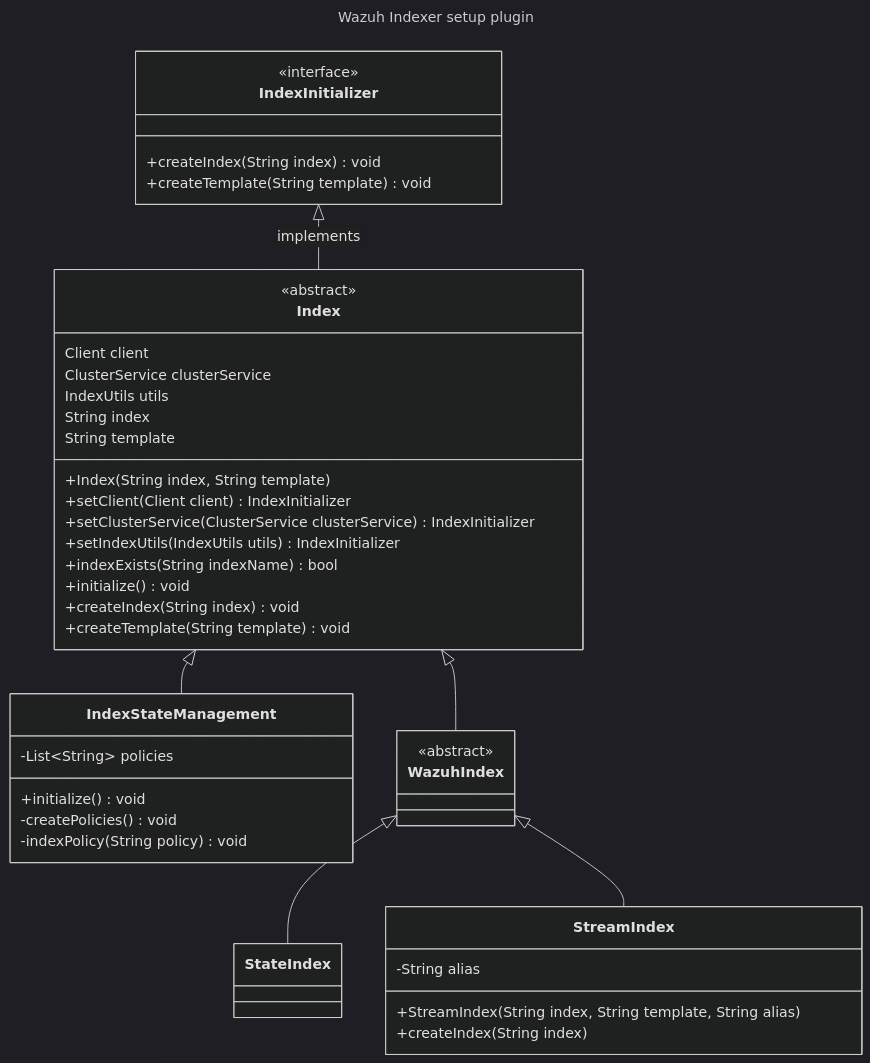
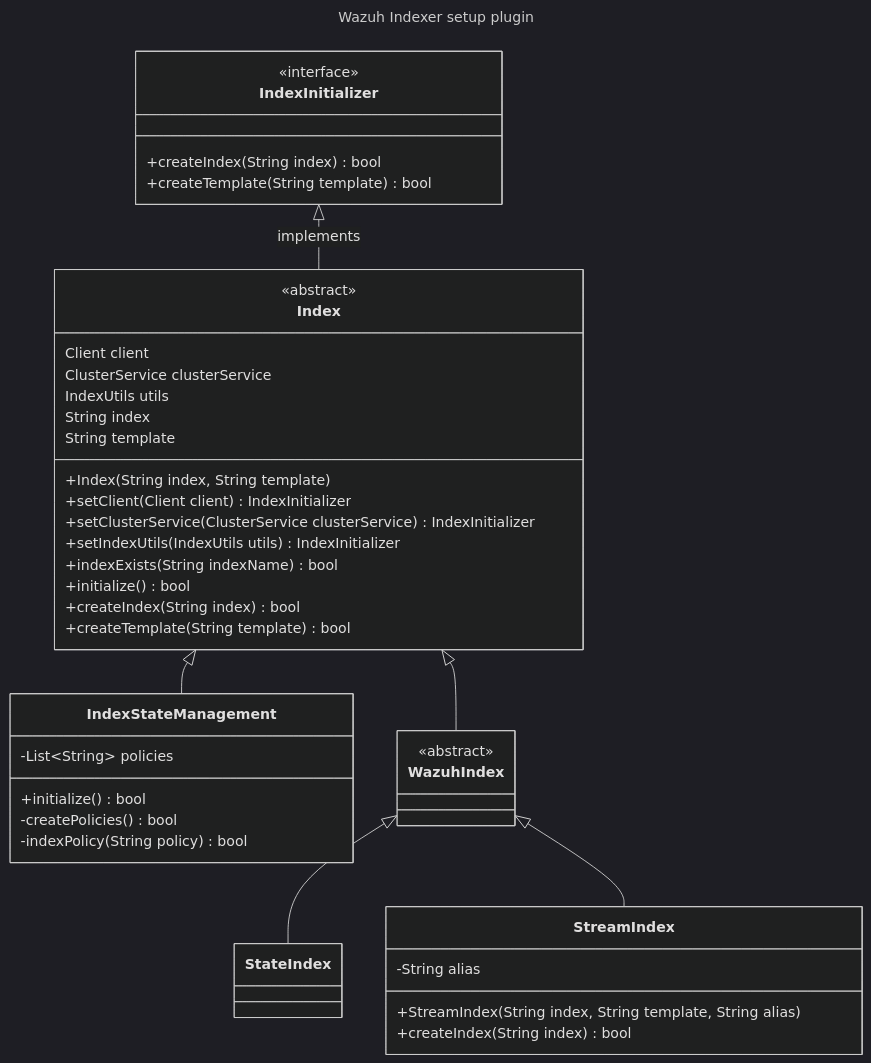
The first of 2 diagrams in docs/ref/modules/setup/architecture.md (wazuh/wazuh-indexer-plugins), drawn with Mermaid (dark theme) before and after one commit. The commit also changed other lines of this file, not shown here.

Commit message:
Update documentation diagrams

````diff
--- a/docs/ref/modules/setup/architecture.md
+++ b/docs/ref/modules/setup/architecture.md
@@ -13,60 +13,60 @@
 ```mermaid
 ---
 title: Wazuh Indexer setup plugin
 ---
 classDiagram
     %% Classes
     class IndexInitializer
     <<interface>> IndexInitializer
     class Index
     <<abstract>> Index
     class IndexStateManagement
     class WazuhIndex
     <<abstract>> WazuhIndex
     class StateIndex
     class StreamIndex
 
     %% Relations
     IndexInitializer <|-- Index : implements
     Index <|-- IndexStateManagement
     Index <|-- WazuhIndex
     WazuhIndex <|-- StateIndex
     WazuhIndex <|-- StreamIndex
 
     %% Schemas
     class IndexInitializer {
-        +createIndex(String index) void
-        +createTemplate(String template) void
+        +createIndex(String index) bool
+        +createTemplate(String template) bool
     }
     class Index {
         Client client
         ClusterService clusterService
         IndexUtils utils
         String index
         String template
         +Index(String index, String template)
         +setClient(Client client) IndexInitializer
         +setClusterService(ClusterService clusterService) IndexInitializer
         +setIndexUtils(IndexUtils utils) IndexInitializer
         +indexExists(String indexName) bool
-        +initialize() void
-        +createIndex(String index) void
-        +createTemplate(String template) void
+        +initialize() bool 
+        +createIndex(String index) bool 
+        +createTemplate(String template) bool
         %% initialize() podría reemplazarse por createIndex() y createTemplate()
     }
     class IndexStateManagement {
         -List~String~ policies
-        +initialize() void
-        -createPolicies() void
-        -indexPolicy(String policy) void
+        +initialize() bool 
+        -createPolicies() bool 
+        -indexPolicy(String policy) bool 
     }
     class WazuhIndex {
     }
     class StreamIndex {
         -String alias
         +StreamIndex(String index, String template, String alias)
-        +createIndex(String index)
+        +createIndex(String index) bool
     }
     class StateIndex {
     }
 ```
````
